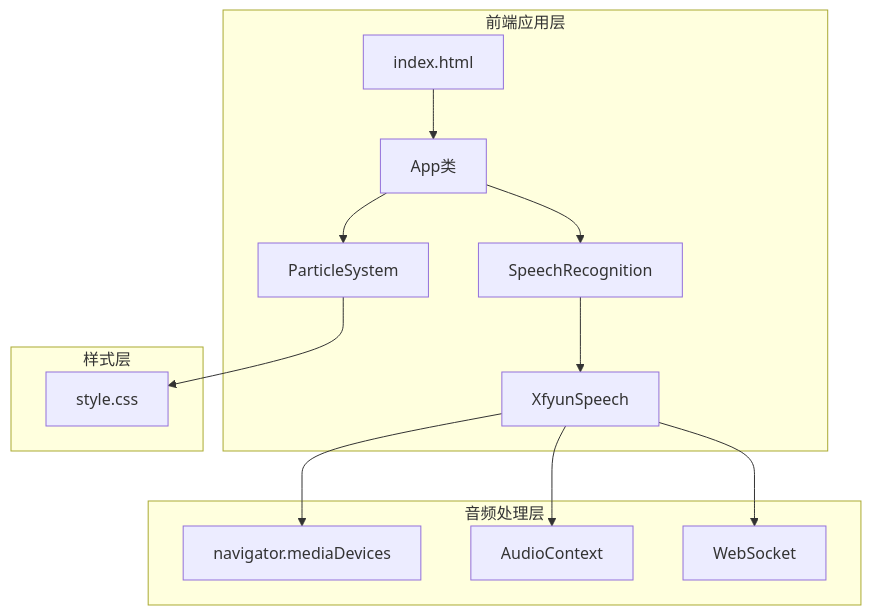
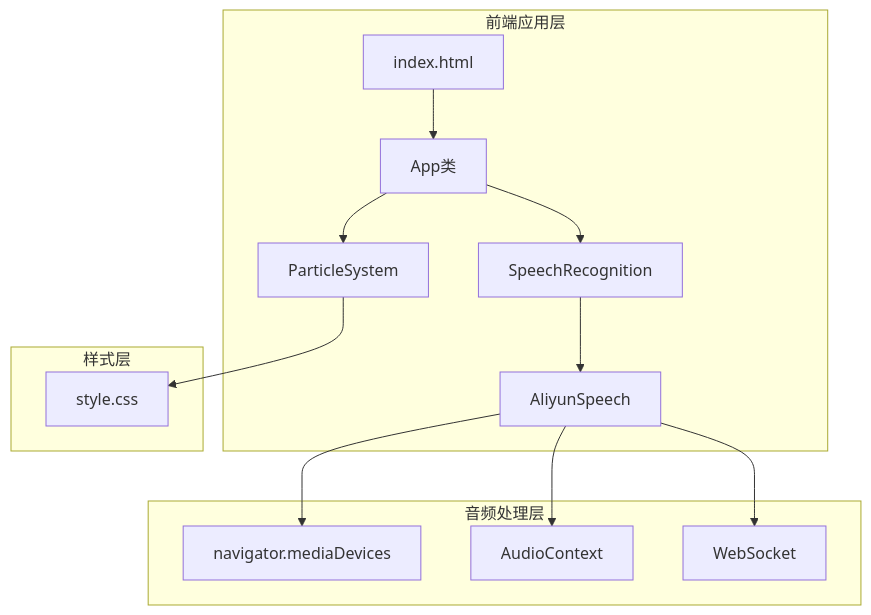
Before and after one commit to db300/MySpeechRecognition: the first of 13 diagrams in .qoder/repowiki/zh/content/故障排除指南/性能问题诊断.md, drawn with Mermaid. The commit also changed other lines of this file and 10 other files, not shown here.

````diff
--- a/.qoder/repowiki/zh/content/故障排除指南/性能问题诊断.md
+++ b/.qoder/repowiki/zh/content/故障排除指南/性能问题诊断.md
@@ -35,26 +35,26 @@
 ```mermaid
 graph TB
 subgraph "前端应用层"
 Index[index.html]
 App[App类]
 Speech[SpeechRecognition]
-Xfyun[XfyunSpeech]
+Aliyun[AliyunSpeech]
 Particles[ParticleSystem]
 end
 subgraph "样式层"
 Style[style.css]
 end
 subgraph "音频处理层"
 MediaDevices[navigator.mediaDevices]
 AudioContext[AudioContext]
 WebSocket[WebSocket]
 end
 Index --> App
 App --> Speech
 App --> Particles
-Speech --> Xfyun
-Xfyun --> MediaDevices
-Xfyun --> AudioContext
-Xfyun --> WebSocket
+Speech --> Aliyun
+Aliyun --> MediaDevices
+Aliyun --> AudioContext
+Aliyun --> WebSocket
 Particles --> Style
 ```
````
